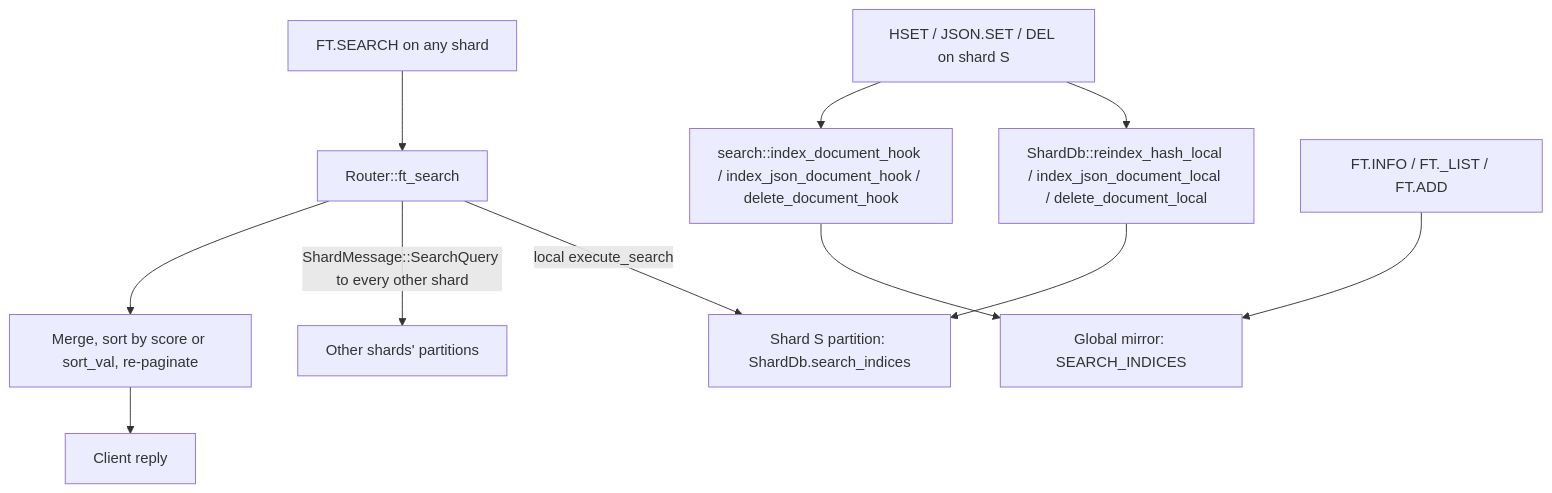
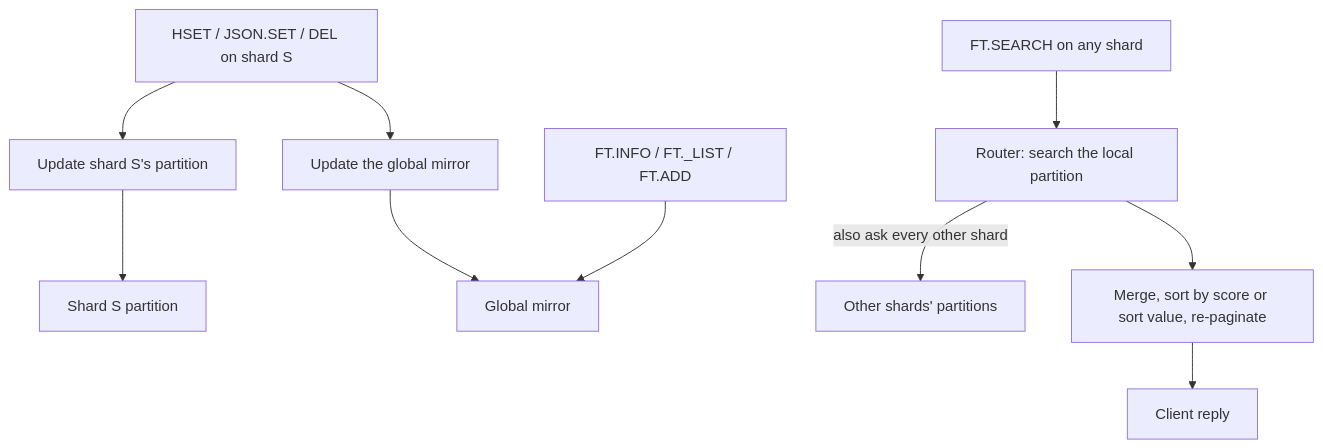
Before and after one commit to warrenzhu25/rudis: the first of 2 diagrams in docs/internal/09_redisearch.md, drawn with Mermaid. The commit also changed other lines of this file, not shown here.

First line of the commit message:
docs(internal): rewrite RediSearch guide in the prose-first style

````diff
--- a/docs/internal/09_redisearch.md
+++ b/docs/internal/09_redisearch.md
@@ -31,15 +58,14 @@
 ```mermaid
 flowchart TD
-    W["HSET / JSON.SET / DEL on shard S"] --> L["ShardDb::reindex_hash_local / index_json_document_local / delete_document_local"]
-    W --> G["search::index_document_hook / index_json_document_hook / delete_document_hook"]
-    L --> P["Shard S partition: ShardDb.search_indices"]
-    G --> M["Global mirror: SEARCH_INDICES"]
+    W["HSET / JSON.SET / DEL on shard S"] --> L["Update shard S's partition"]
+    W --> G["Update the global mirror"]
+    L --> P["Shard S partition"]
+    G --> M["Global mirror"]
 
-    Q["FT.SEARCH on any shard"] --> R["Router::ft_search"]
-    R -->|"local execute_search"| P
-    R -->|"ShardMessage::SearchQuery to every other shard"| P2["Other shards' partitions"]
-    R --> MERGE["Merge, sort by score or sort_val, re-paginate"]
+    Q["FT.SEARCH on any shard"] --> R["Router: search the local partition"]
+    R -->|"also ask every other shard"| P2["Other shards' partitions"]
+    R --> MERGE["Merge, sort by score or sort value, re-paginate"]
     MERGE --> C["Client reply"]
 
     I["FT.INFO / FT._LIST / FT.ADD"] --> M
 ```
````
